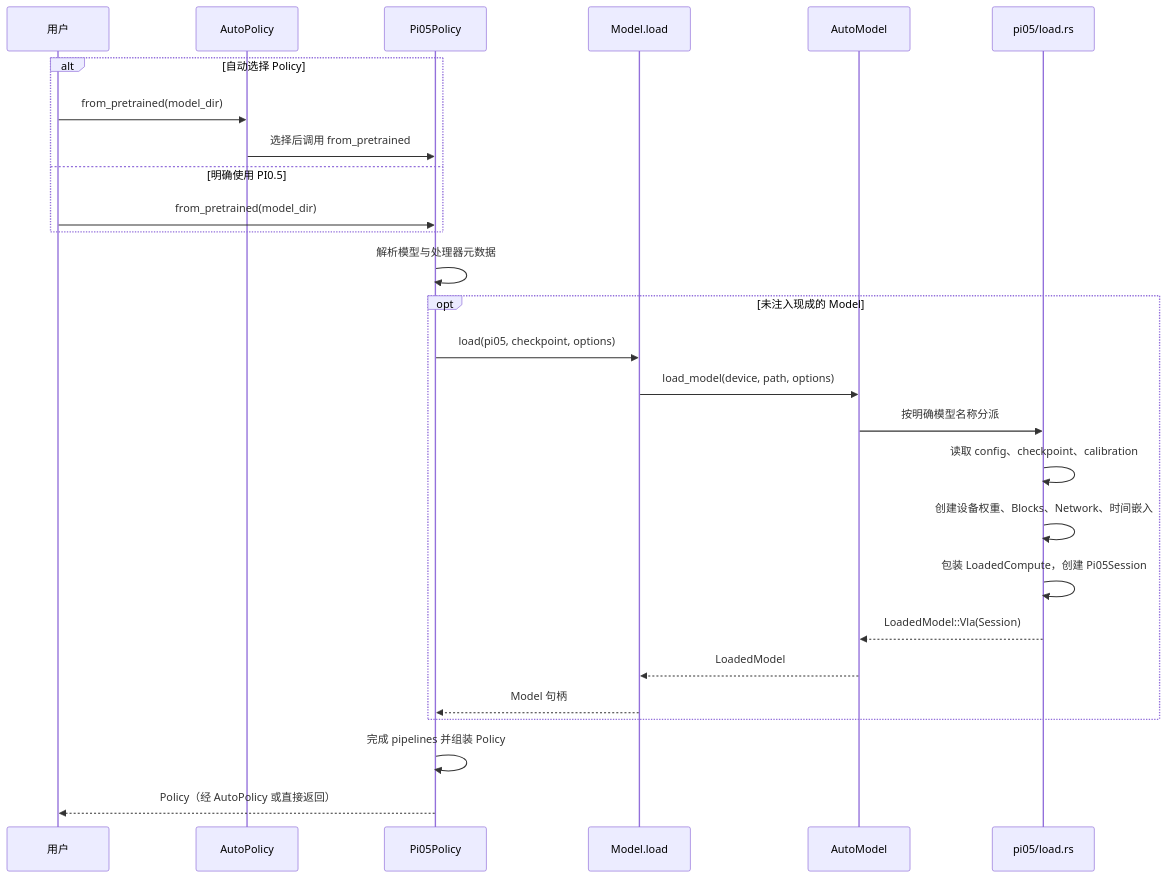
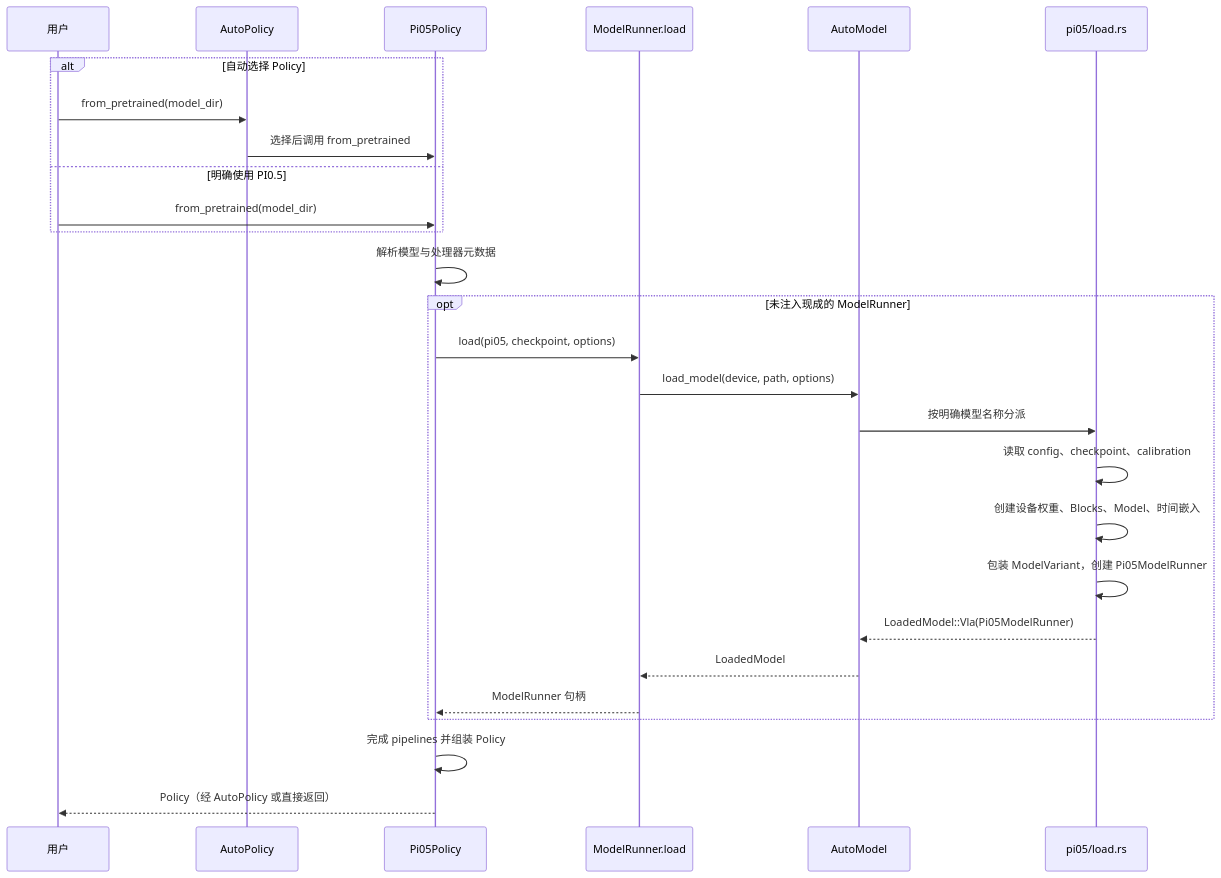
One commit to infinigence/ApxInf changed the fourth of 6 diagrams in doc/model-lifecycle/architecture.md. Above: the diagram before and after it, drawn with Mermaid. The commit also changed other lines of this file and 55 other files, not shown here.

Commit message:
refactor: align model runner and modulation terminology

````diff
--- a/doc/model-lifecycle/architecture.md
+++ b/doc/model-lifecycle/architecture.md
@@ -375,29 +436,29 @@
 ```mermaid
 sequenceDiagram
     participant U as 用户
     participant AP as AutoPolicy
     participant P as Pi05Policy
-    participant M as Model.load
+    participant M as ModelRunner.load
     participant A as AutoModel
     participant L as pi05/load.rs
     alt 自动选择 Policy
         U->>AP: from_pretrained(model_dir)
         AP->>P: 选择后调用 from_pretrained
     else 明确使用 PI0.5
         U->>P: from_pretrained(model_dir)
     end
     P->>P: 解析模型与处理器元数据
-    opt 未注入现成的 Model
+    opt 未注入现成的 ModelRunner
         P->>M: load(pi05, checkpoint, options)
         M->>A: load_model(device, path, options)
         A->>L: 按明确模型名称分派
         L->>L: 读取 config、checkpoint、calibration
-        L->>L: 创建设备权重、Blocks、Network、时间嵌入
-        L->>L: 包装 LoadedCompute，创建 Pi05Session
-        L-->>A: LoadedModel::Vla(Session)
+        L->>L: 创建设备权重、Blocks、Model、时间嵌入
+        L->>L: 包装 ModelVariant，创建 Pi05ModelRunner
+        L-->>A: LoadedModel::Vla(Pi05ModelRunner)
         A-->>M: LoadedModel
-        M-->>P: Model 句柄
+        M-->>P: ModelRunner 句柄
     end
     P->>P: 完成 pipelines 并组装 Policy
     P-->>U: Policy（经 AutoPolicy 或直接返回）
 ```
````
